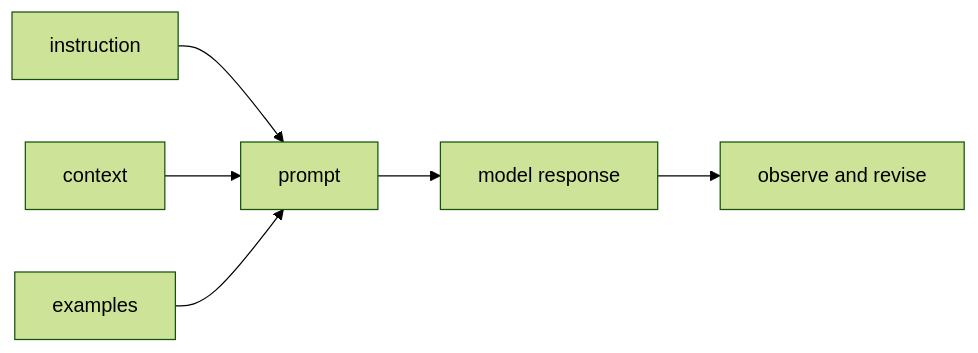
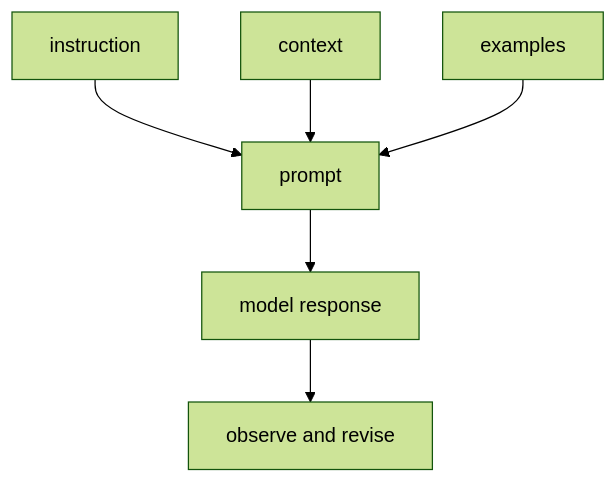
The diagram in docs/parts/part-05/chapter-09/section-01.md (devchan64/AiBook), drawn with Mermaid (forest theme) before and after one commit. The commit also changed other lines of this file and 35 other files, not shown here.

Commit message:
docs(part-04,part-05): strengthen cases and diagrams

````diff
--- a/docs/parts/part-05/chapter-09/section-01.md
+++ b/docs/parts/part-05/chapter-09/section-01.md
@@ -152,14 +152,15 @@
 ```mermaid
-flowchart LR
+flowchart TD
   A["instruction"]
   B["context"]
   C["examples"]
   D["prompt"]
   E["model response"]
   F["observe and revise"]
 
   A --> D
   B --> D
   C --> D
-  D --> E --> F
+  D --> E
+  E --> F
 ```
````
